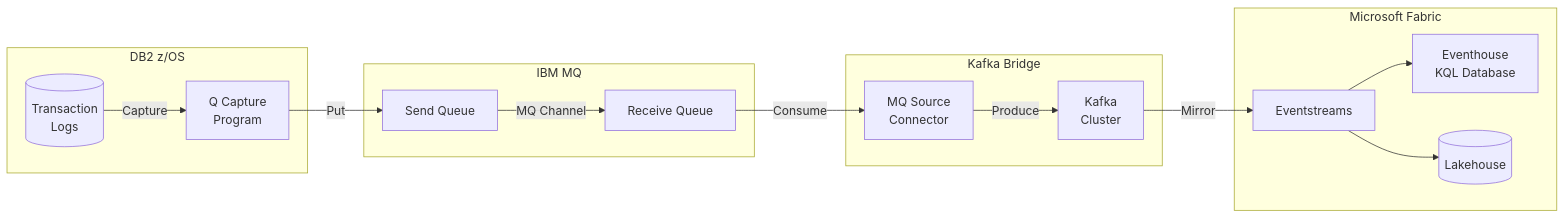
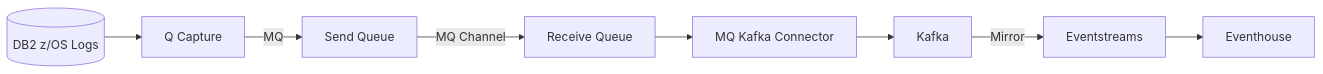
The sixth of 8 diagrams in tutorials/25-ibm-db2-source/README.md (fgarofalo56/Supercharge_Microsoft_Fabric), drawn with Mermaid before and after one commit. The commit also changed other lines of this file and 3 other files, not shown here.

````diff
--- a/tutorials/25-ibm-db2-source/README.md
+++ b/tutorials/25-ibm-db2-source/README.md
@@ -1338,32 +690,10 @@
 ```mermaid
 flowchart LR
-    subgraph DB2["DB2 z/OS"]
-        LOG2[(Transaction<br/>Logs)]
-        QCAP[Q Capture<br/>Program]
-    end
-
-    subgraph MQ["IBM MQ"]
-        SNDQ[Send Queue]
-        RCVQ[Receive Queue]
-    end
-
-    subgraph Bridge["Kafka Bridge"]
-        MQSRC[MQ Source<br/>Connector]
-        KAFKA[Kafka<br/>Cluster]
-    end
-
-    subgraph Fabric["Microsoft Fabric"]
-        ES[Eventstreams]
-        EH[Eventhouse<br/>KQL Database]
-        LH[(Lakehouse)]
-    end
-
-    LOG2 -->|Capture| QCAP
-    QCAP -->|Put| SNDQ
-    SNDQ -->|MQ Channel| RCVQ
-    RCVQ -->|Consume| MQSRC
-    MQSRC -->|Produce| KAFKA
-    KAFKA -->|Mirror| ES
-    ES --> EH
-    ES --> LH
+    LOG2[(DB2 z/OS Logs)] --> QCAP[Q Capture]
+    QCAP -->|MQ| SNDQ[Send Queue]
+    SNDQ -->|MQ Channel| RCVQ[Receive Queue]
+    RCVQ --> MQSRC[MQ Kafka Connector]
+    MQSRC --> KAFKA[Kafka]
+    KAFKA -->|Mirror| ES2[Eventstreams]
+    ES2 --> EH2[Eventhouse]
 ```
````
